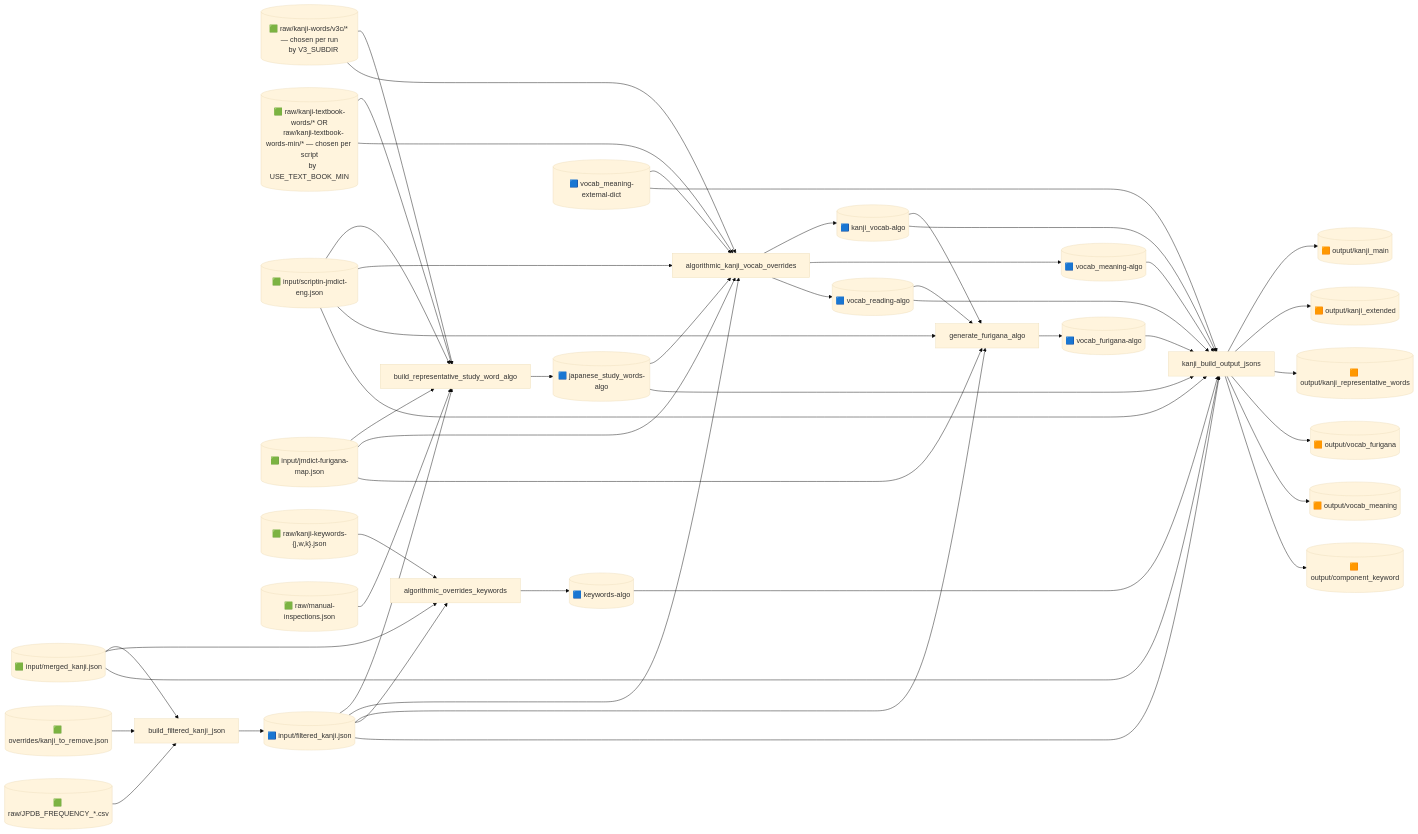
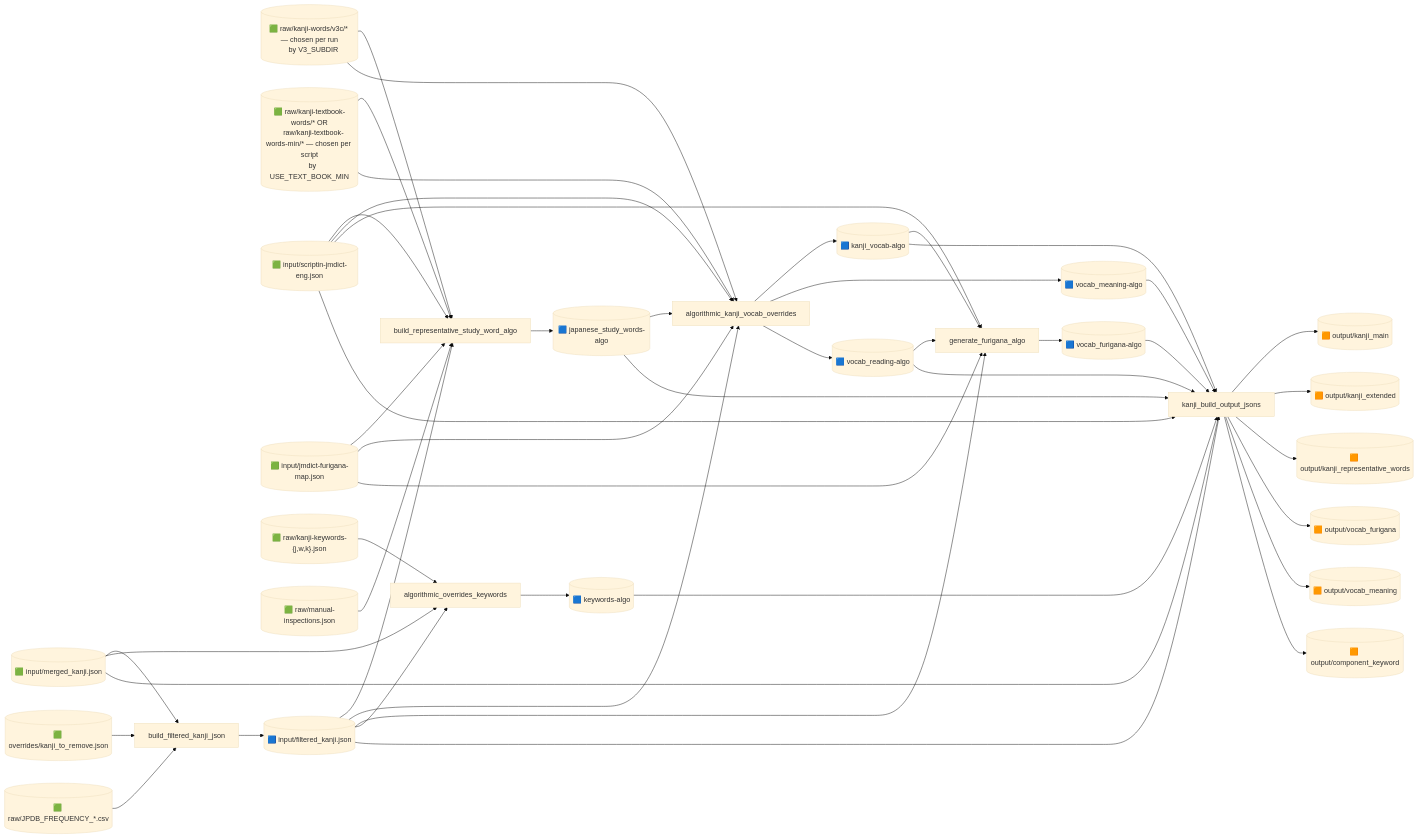
One commit to PikaPikaGems/kanji-heatmap-data changed the second of 7 diagrams in notes/flowchart.md. Above: the diagram before and after it, drawn with Mermaid (base theme). The commit also changed other lines of this file and 5 other files, not shown here.

First line of the commit message:
Remove the external-dict meaning cache; JMdict + manual overrides cover it

```diff
--- a/notes/flowchart.md
+++ b/notes/flowchart.md
@@ -79,8 +79,8 @@
     SK[algorithmic_overrides_keywords]
     S6[kanji_build_output_jsons]
 
-    %% intermediate files — all script-written: input/filtered_kanji.json, the
-    %% -algo.json overrides, and the external-dict cache. The hand-written
+    %% intermediate files — all script-written: input/filtered_kanji.json and the
+    %% -algo.json overrides. The hand-written
     %% overrides/*.json (no -algo suffix) that take priority at build time are
     %% authoritative and intentionally omitted from this view (see §3).
     filt[("🟦 input/filtered_kanji.json")]
@@ -90,7 +90,6 @@
     vr[("🟦 vocab_reading-algo")]
     vf[("🟦 vocab_furigana-algo")]
     kwalgo[("🟦 keywords-algo")]
-    ext[("🟦 vocab_meaning-external-dict")]
 
     %% outputs
     main[("🟧 output/kanji_main")]
@@ -120,7 +119,6 @@
     jmdict --> S3
     furimap --> S3
     jsw --> S3
-    ext --> S3
     S3 --> kv & vm & vr
 
     filt --> S4
@@ -142,7 +140,6 @@
     vm --> S6
     vr --> S6
     vf --> S6
-    ext --> S6
     jsw --> S6
     kwalgo --> S6
     jmdict --> S6
```
